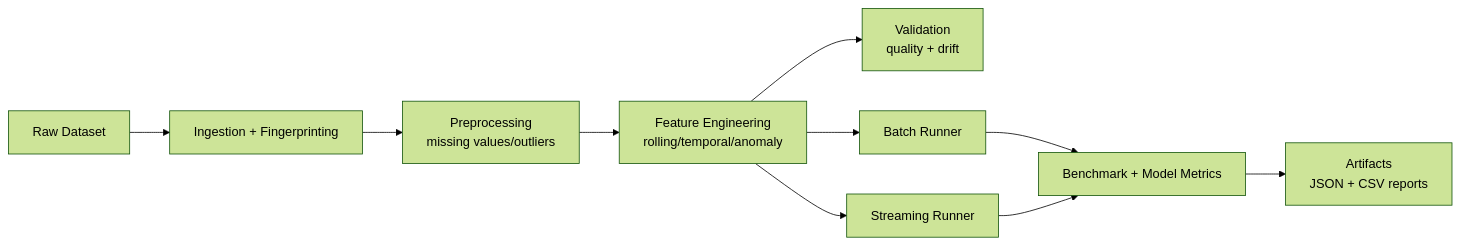
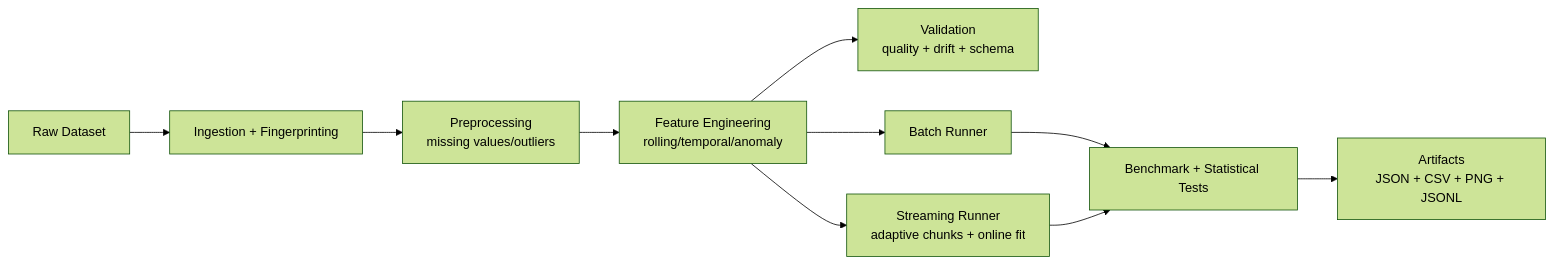
The diagram in README.md (RaviTejaMedarametla/nba-data-preprocessing), drawn with Mermaid (forest theme) before and after one commit. The commit also changed other lines of this file and 12 other files, not shown here.

````diff
--- a/README.md
+++ b/README.md
@@ -26,12 +25,12 @@
 ```mermaid
 flowchart LR
     A[Raw Dataset] --> B[Ingestion + Fingerprinting]
     B --> C[Preprocessing\nmissing values/outliers]
     C --> D[Feature Engineering\nrolling/temporal/anomaly]
-    D --> E[Validation\nquality + drift]
+    D --> E[Validation\nquality + drift + schema]
     D --> F[Batch Runner]
-    D --> G[Streaming Runner]
-    F --> H[Benchmark + Model Metrics]
+    D --> G[Streaming Runner\nadaptive chunks + online fit]
+    F --> H[Benchmark + Statistical Tests]
     G --> H
-    H --> I[Artifacts\nJSON + CSV reports]
+    H --> I[Artifacts\nJSON + CSV + PNG + JSONL]
 ```
````
